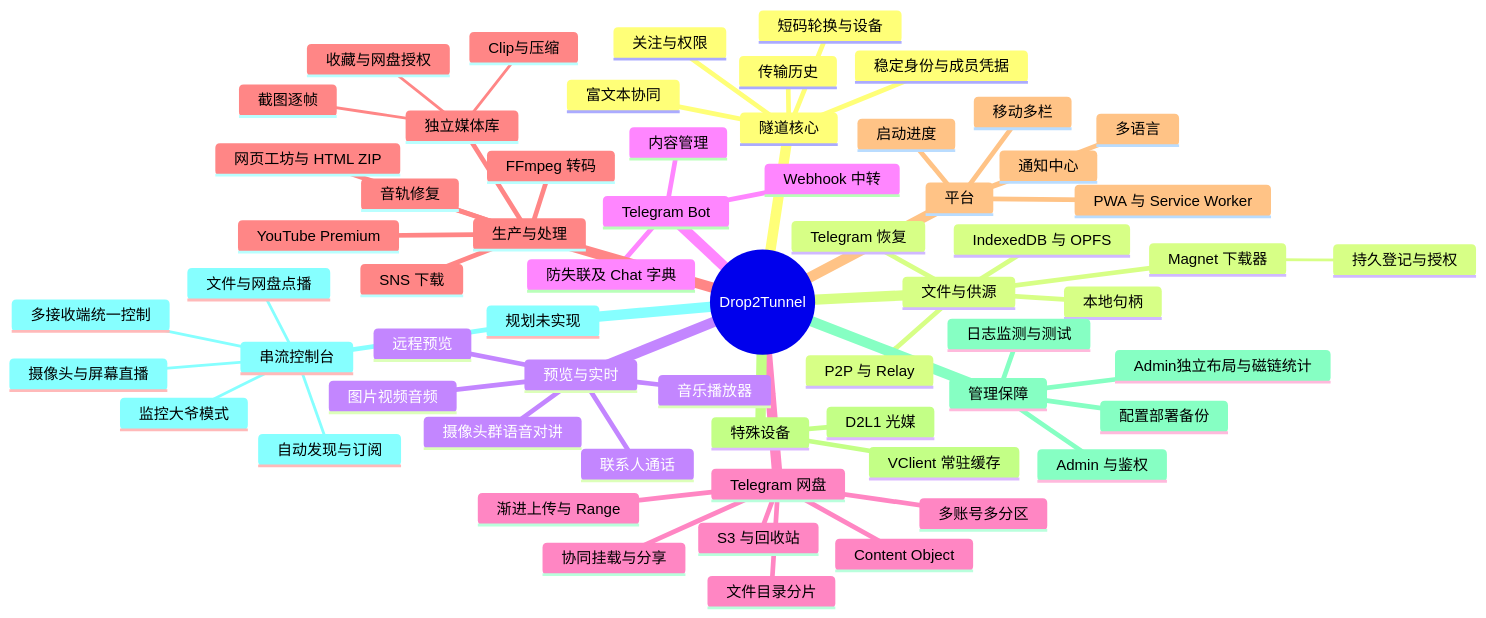
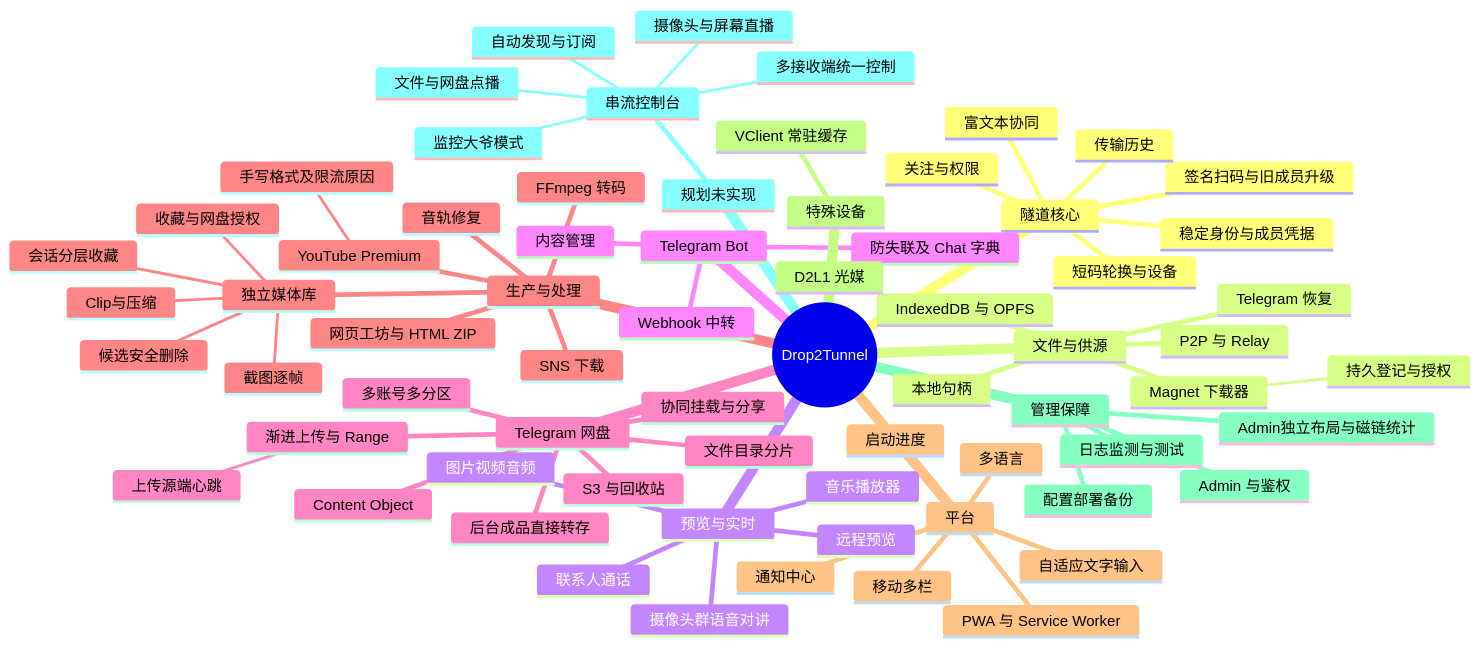
Before and after one commit to Ltre/file-tunnel: the diagram in docs/overview/feature-mindmaps/README.md, drawn with Mermaid. The commit also changed other lines of this file, not shown here.

Commit message:
docs: sync current feature maps with joined authorization and media collection changes

````diff
--- a/docs/overview/feature-mindmaps/README.md
+++ b/docs/overview/feature-mindmaps/README.md
@@ -13,65 +13,72 @@
 ```mermaid
 mindmap
   root((Drop2Tunnel))
     隧道核心
       稳定身份与成员凭据
       短码轮换与设备
+      签名扫码与旧成员升级
       传输历史
       富文本协同
       关注与权限
     文件与供源
       P2P 与 Relay
       IndexedDB 与 OPFS
       本地句柄
       Telegram 恢复
       Magnet 下载器
         持久登记与授权
     预览与实时
       图片视频音频
       音乐播放器
       摄像头群语音对讲
       联系人通话
       远程预览
     Telegram Bot
       Webhook 中转
       内容管理
       防失联及 Chat 字典
     Telegram 网盘
       多账号多分区
       文件目录分片
       Content Object
       渐进上传与 Range
+        上传源端心跳
+      后台成品直接转存
       协同挂载与分享
       S3 与回收站
     生产与处理
       独立媒体库
         截图逐帧
         Clip与压缩
+        候选安全删除
+        会话分层收藏
         收藏与网盘授权
       SNS 下载
       YouTube Premium
+        手写格式及限流原因
       音轨修复
       FFmpeg 转码
       网页工坊与 HTML ZIP
     平台
       PWA 与 Service Worker
       移动多栏
       多语言
       通知中心
       启动进度
+      自适应文字输入
     特殊设备
       D2L1 光媒
       VClient 常驻缓存
     管理保障
       Admin独立布局与磁链统计
       Admin 与鉴权
       配置部署备份
       日志监测与测试
     规划未实现
       串流控制台
         自动发现与订阅
         文件与网盘点播
         摄像头与屏幕直播
         多接收端统一控制
         监控大爷模式
 ```
````
